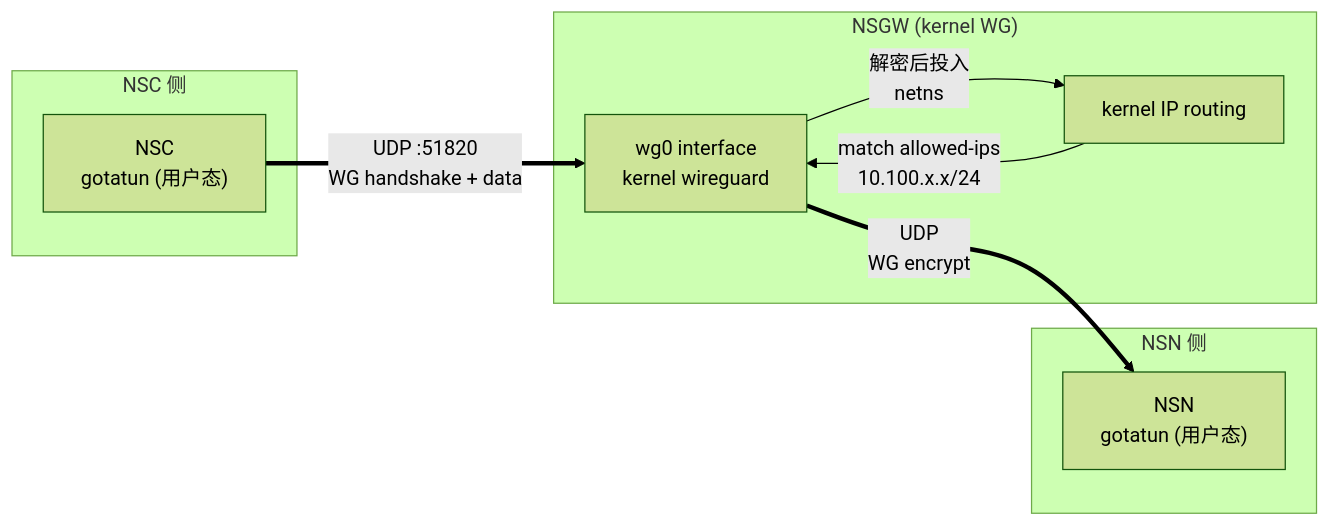
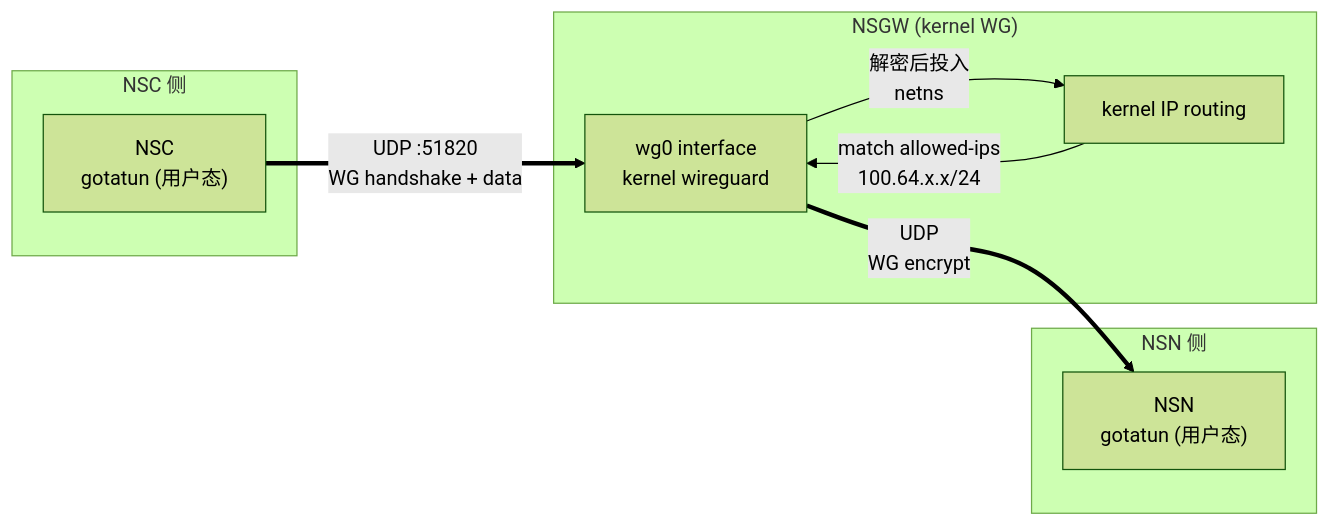
The diagram in docs/09-nsgw-gateway/wg-endpoint.md (nsiod/docs), drawn with Mermaid (forest theme) before and after one commit. The commit also changed other lines of this file and 10 other files, not shown here.

````diff
--- a/docs/09-nsgw-gateway/wg-endpoint.md
+++ b/docs/09-nsgw-gateway/wg-endpoint.md
@@ -26,20 +26,20 @@
 ```mermaid
 graph LR
     subgraph NSC_side["NSC 侧"]
         NSCuser["NSC<br/>gotatun (用户态)"]
     end
 
     subgraph NSGW_box["NSGW (kernel WG)"]
         WG0["wg0 interface<br/>kernel wireguard"]
         IPRT["kernel IP routing"]
     end
 
     subgraph NSN_side["NSN 侧"]
         NSNuser["NSN<br/>gotatun (用户态)"]
     end
 
     NSCuser ==>|"UDP :51820<br/>WG handshake + data"| WG0
     WG0 -->|"解密后投入<br/>netns"| IPRT
-    IPRT -->|"match allowed-ips<br/>10.100.x.x/24"| WG0
+    IPRT -->|"match allowed-ips<br/>100.64.x.x/24"| WG0
     WG0 ==>|"UDP<br/>WG encrypt"| NSNuser
 ```
````
